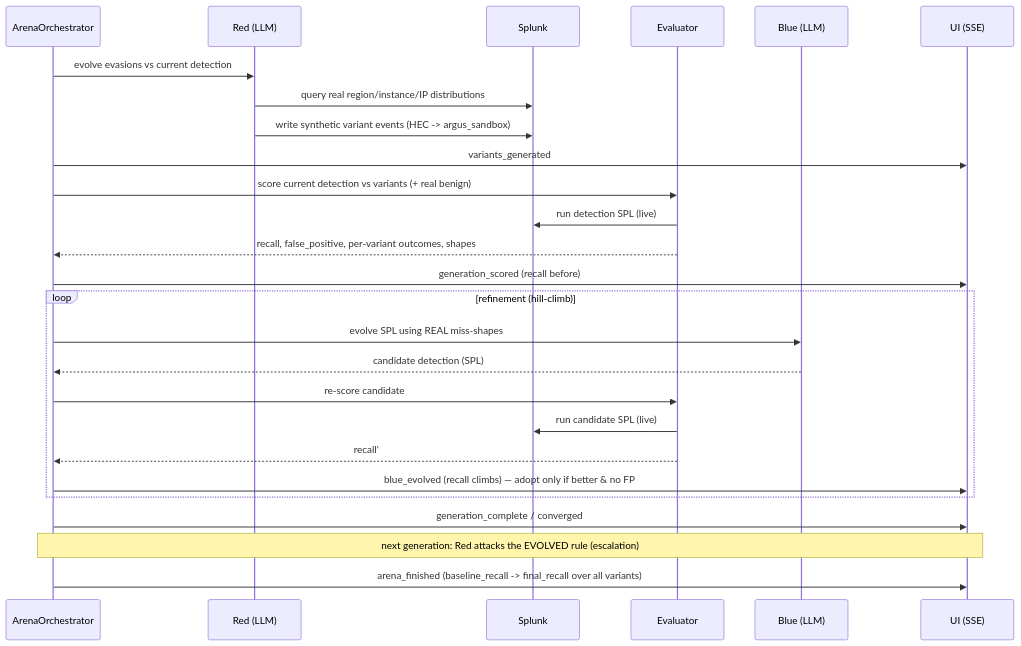
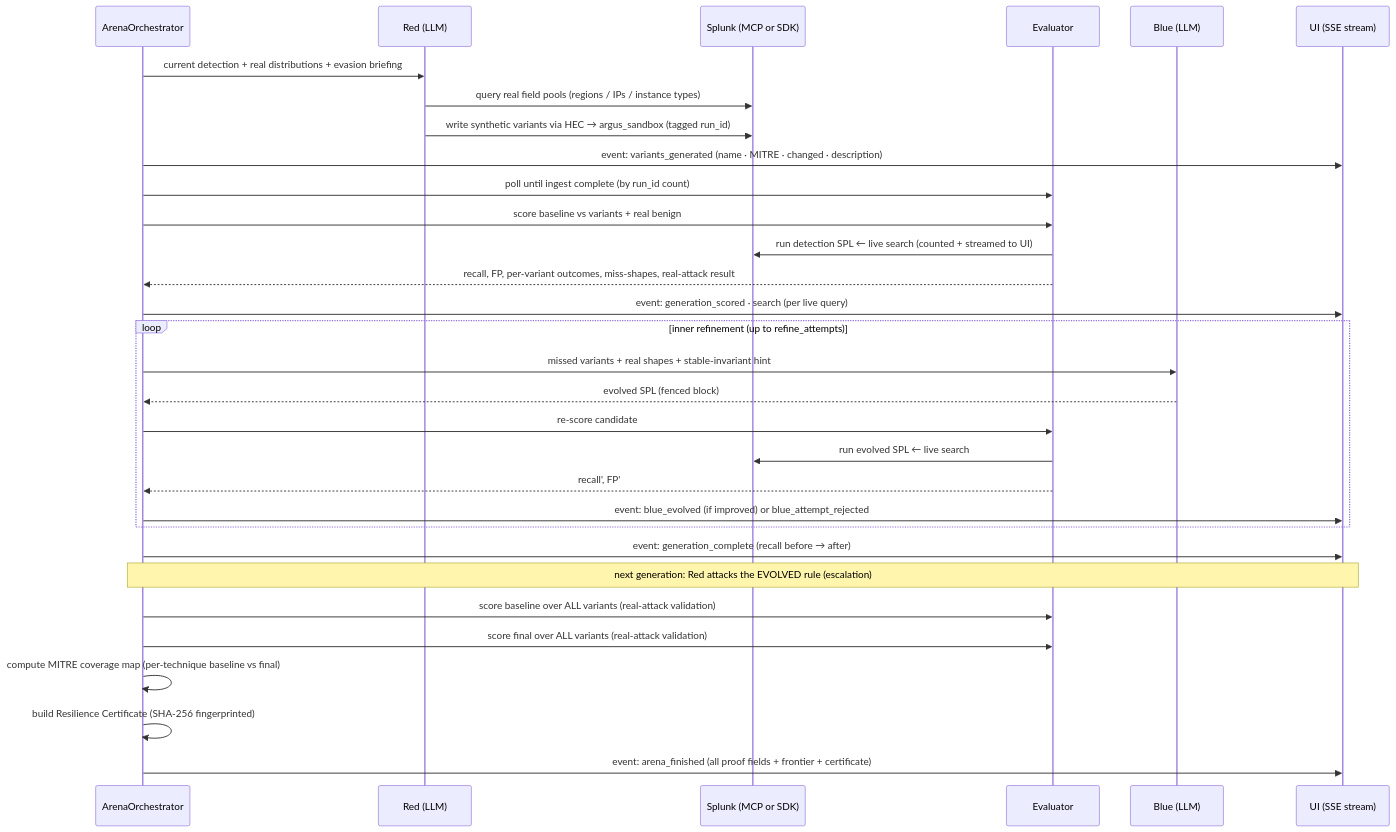
One commit to usv240/argus-detection-evolution changed the second of 2 diagrams in architecture_diagram.md. Above: the diagram before and after it, drawn with Mermaid. The commit also changed other lines of this file and 3 other files, not shown here.

Commit message:
Complete documentation overhaul: README (table of contents, all panels, full config ref, troubleshooting), SETUP (HEC step, smoke_test, 127.0.0.1 fix, appendix), architecture_diagram (all UI panels, full component table, all outputs), REFERENCES (Splunk/MCP/data/frontend/design)

````diff
--- a/architecture_diagram.md
+++ b/architecture_diagram.md
@@ -63,29 +80,37 @@
 ```mermaid
 sequenceDiagram
     participant O as ArenaOrchestrator
     participant R as Red (LLM)
-    participant S as Splunk
+    participant S as Splunk (MCP or SDK)
     participant E as Evaluator
     participant B as Blue (LLM)
-    participant U as UI (SSE)
+    participant U as UI (SSE stream)
 
-    O->>R: evolve evasions vs current detection
-    R->>S: query real region/instance/IP distributions
-    R->>S: write synthetic variant events (HEC -> argus_sandbox)
-    O->>U: variants_generated
-    O->>E: score current detection vs variants (+ real benign)
-    E->>S: run detection SPL (live)
-    E-->>O: recall, false_positive, per-variant outcomes, shapes
-    O->>U: generation_scored (recall before)
-    loop refinement (hill-climb)
-        O->>B: evolve SPL using REAL miss-shapes
-        B-->>O: candidate detection (SPL)
+    O->>R: current detection + real distributions + evasion briefing
+    R->>S: query real field pools (regions / IPs / instance types)
+    R->>S: write synthetic variants via HEC → argus_sandbox (tagged run_id)
+    O->>U: event: variants_generated (name · MITRE · changed · description)
+    O->>E: poll until ingest complete (by run_id count)
+    O->>E: score baseline vs variants + real benign
+    E->>S: run detection SPL  ← live search (counted + streamed to UI)
+    E-->>O: recall, FP, per-variant outcomes, miss-shapes, real-attack result
+    O->>U: event: generation_scored · search (per live query)
+
+    loop inner refinement (up to refine_attempts)
+        O->>B: missed variants + real shapes + stable-invariant hint
+        B-->>O: evolved SPL (fenced block)
         O->>E: re-score candidate
-        E->>S: run candidate SPL (live)
-        E-->>O: recall'
-        O->>U: blue_evolved (recall climbs) — adopt only if better & no FP
+        E->>S: run evolved SPL  ← live search
+        E-->>O: recall', FP'
+        O->>U: event: blue_evolved (if improved) or blue_attempt_rejected
     end
-    O->>U: generation_complete / converged
+
+    O->>U: event: generation_complete (recall before → after)
     Note over O,U: next generation: Red attacks the EVOLVED rule (escalation)
-    O->>U: arena_finished (baseline_recall -> final_recall over all variants)
+
+    O->>E: score baseline over ALL variants (real-attack validation)
+    O->>E: score final over ALL variants (real-attack validation)
+    O->>O: compute MITRE coverage map (per-technique baseline vs final)
+    O->>O: build Resilience Certificate (SHA-256 fingerprinted)
+    O->>U: event: arena_finished (all proof fields + frontier + certificate)
 ```
````
